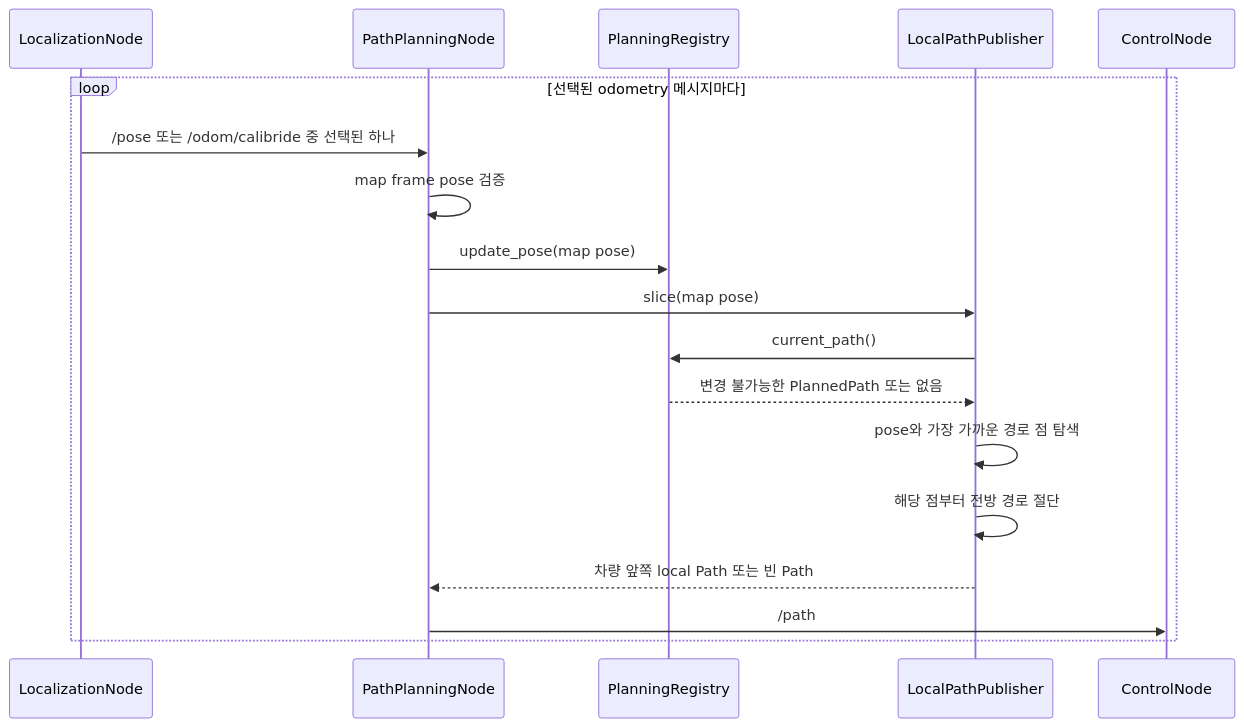
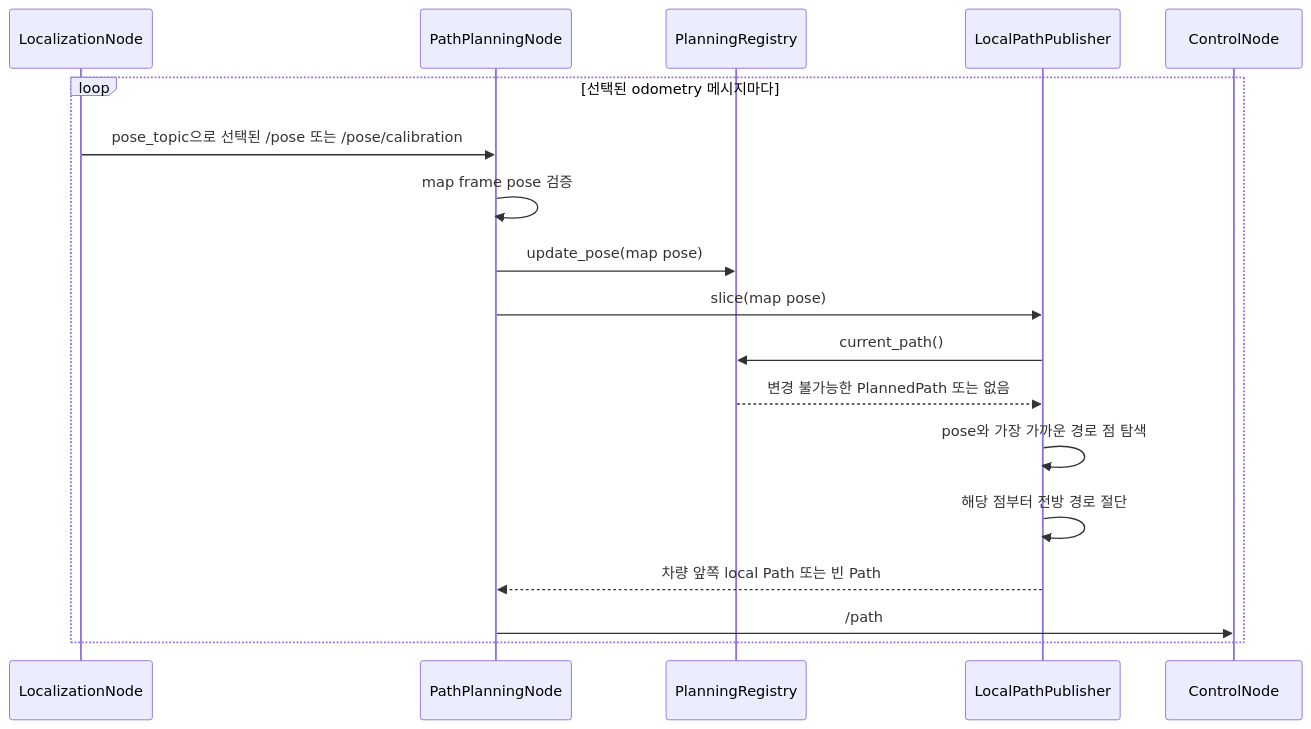
One commit to Team-Stier/AMET2026_coex_stier changed the third of 3 diagrams in src/path_planning/README.md. Above: the diagram before and after it, drawn with Mermaid. The commit also changed other lines of this file and 8 other files, not shown here.

````diff
--- a/src/path_planning/README.md
+++ b/src/path_planning/README.md
@@ -349,21 +348,21 @@
 ```mermaid
 sequenceDiagram
     participant LOC as LocalizationNode
     participant N as PathPlanningNode
     participant REG as PlanningRegistry
     participant LP as LocalPathPublisher
     participant CTRL as ControlNode
 
     loop 선택된 odometry 메시지마다
-        LOC->>N: /pose 또는 /odom/calibride 중 선택된 하나
+        LOC->>N: pose_topic으로 선택된 /pose 또는 /pose/calibration
         N->>N: map frame pose 검증
         N->>REG: update_pose(map pose)
         N->>LP: slice(map pose)
         LP->>REG: current_path()
         REG-->>LP: 변경 불가능한 PlannedPath 또는 없음
         LP->>LP: pose와 가장 가까운 경로 점 탐색
         LP->>LP: 해당 점부터 전방 경로 절단
         LP-->>N: 차량 앞쪽 local Path 또는 빈 Path
         N->>CTRL: /path
     end
 ```
````
